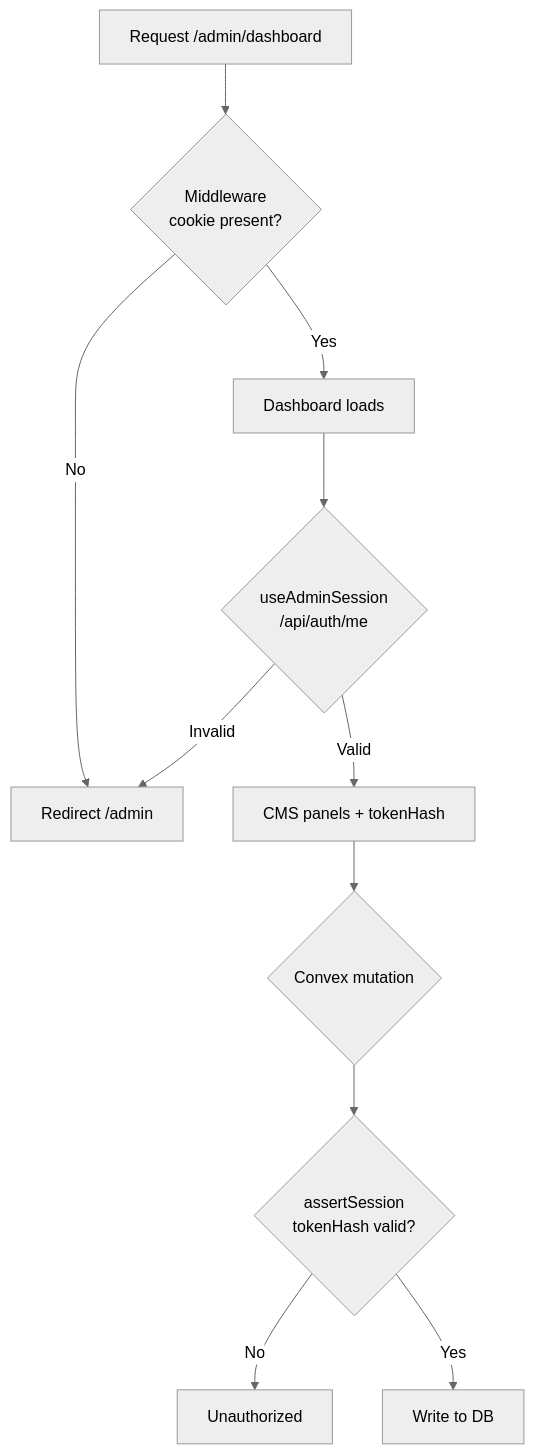
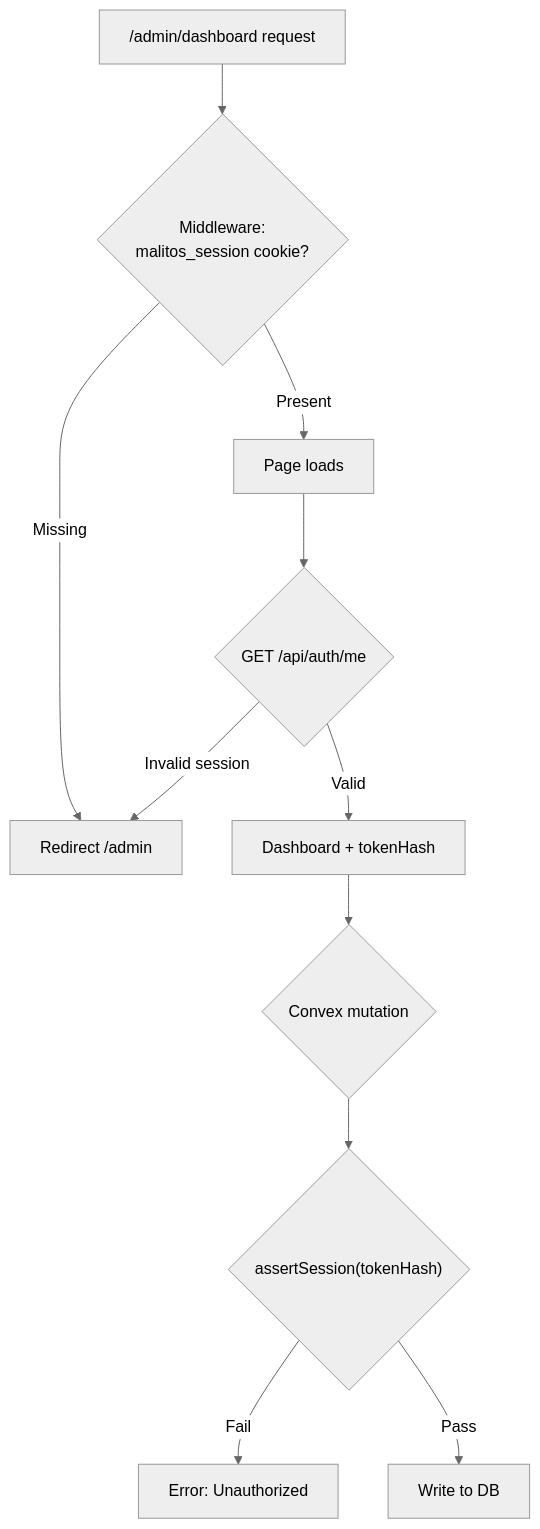
The ninth of 15 diagrams in README.md (mawlid1431/Portfolio), drawn with Mermaid (neutral theme) before and after one commit. The commit also changed other lines of this file, not shown here.

````diff
--- a/README.md
+++ b/README.md
@@ -375,13 +451,13 @@
 ```mermaid
 flowchart TD
-  R["Request /admin/dashboard"] --> M{"Middleware<br/>cookie present?"}
-  M -->|No| L["Redirect /admin"]
-  M -->|Yes| P["Dashboard loads"]
-  P --> Q{"useAdminSession<br/>/api/auth/me"}
-  Q -->|Invalid| L
-  Q -->|Valid| CMS["CMS panels + tokenHash"]
-  CMS --> MUT{"Convex mutation"}
-  MUT --> V{"assertSession<br/>tokenHash valid?"}
-  V -->|No| E["Unauthorized"]
-  V -->|Yes| OK["Write to DB"]
+  R["/admin/dashboard request"] --> M{"Middleware:<br/>malitos_session cookie?"}
+  M -->|Missing| L["Redirect /admin"]
+  M -->|Present| P["Page loads"]
+  P --> Q{"GET /api/auth/me"}
+  Q -->|Invalid session| L
+  Q -->|Valid| CMS["Dashboard + tokenHash"]
+  CMS --> W{"Convex mutation"}
+  W --> V{"assertSession(tokenHash)"}
+  V -->|Fail| E["Error: Unauthorized"]
+  V -->|Pass| OK["Write to DB"]
 ```
````
